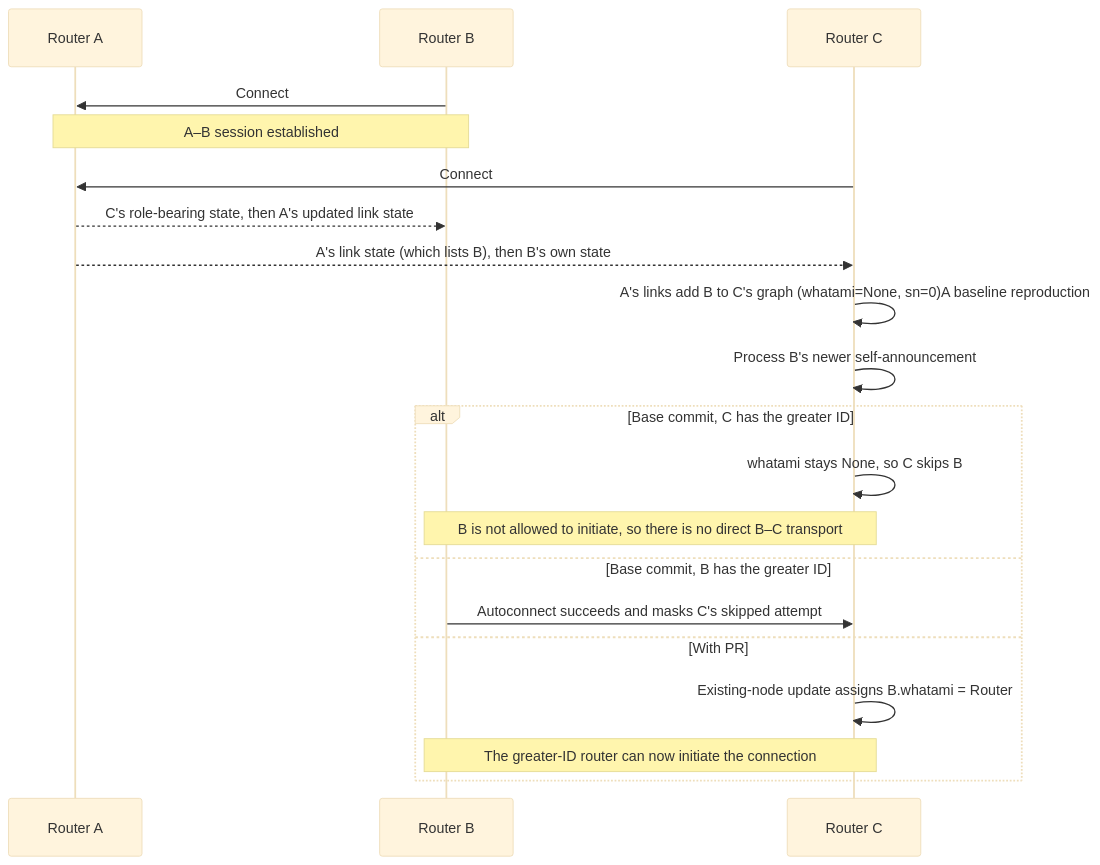
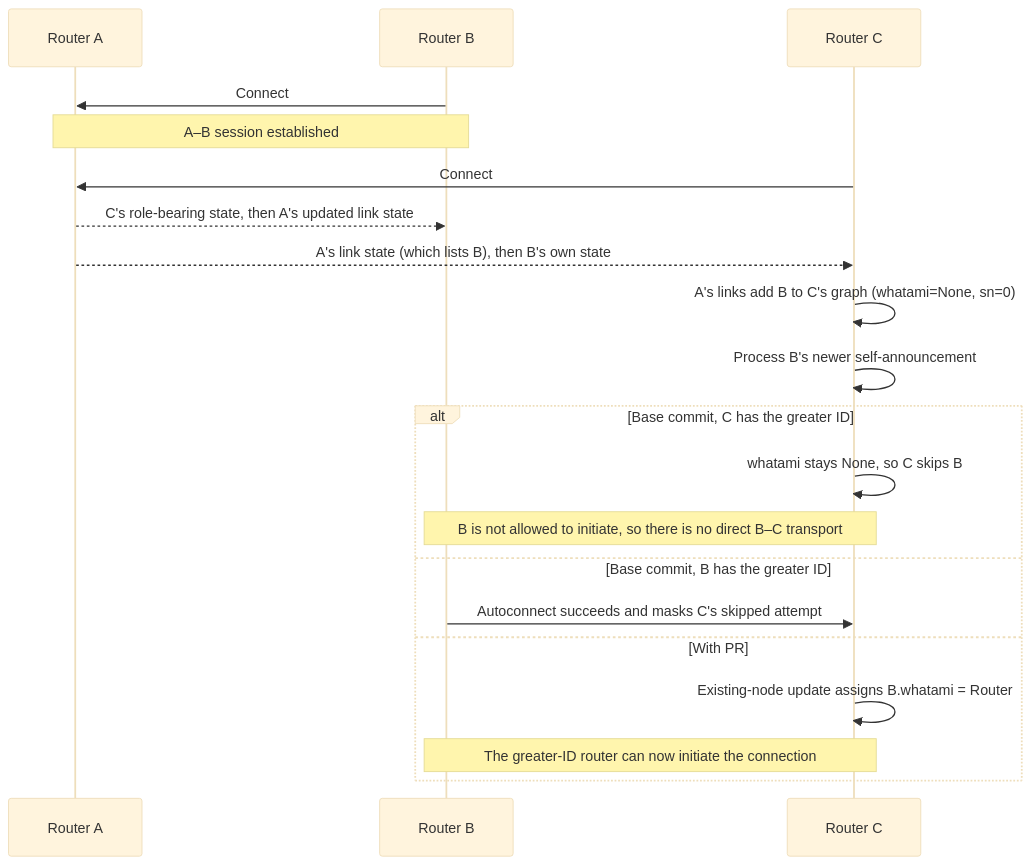
The diagram in README.md (nt4i/zenoh-whatami-gossip-race-repro), drawn with Mermaid (base theme) before and after one commit.

Commit message:
Fix Mermaid diagram text

````diff
--- a/README.md
+++ b/README.md
@@ -7,23 +7,23 @@
 ```mermaid
 sequenceDiagram
     participant A as Router A
     participant B as Router B
     participant C as Router C
 
     B->>A: Connect
     Note over A,B: A–B session established
     C->>A: Connect
     A-->>B: C's role-bearing state, then A's updated link state
     A-->>C: A's link state (which lists B), then B's own state
-    C->>C: A's links add B to C's graph (whatami=None, sn=0)A baseline reproduction
+    C->>C: A's links add B to C's graph (whatami=None, sn=0)
     C->>C: Process B's newer self-announcement
     alt Base commit, C has the greater ID
         C->>C: whatami stays None, so C skips B
         Note over B,C: B is not allowed to initiate, so there is no direct B–C transport
     else Base commit, B has the greater ID
         B->>C: Autoconnect succeeds and masks C's skipped attempt
     else With PR #2827 change
         C->>C: Existing-node update assigns B.whatami = Router
         Note over B,C: The greater-ID router can now initiate the connection
     end
 ```
````
